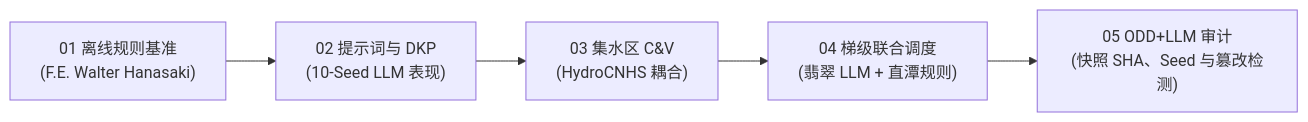
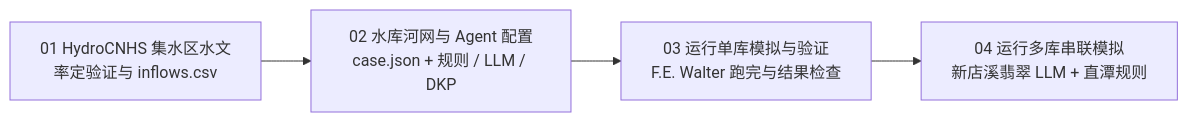
One commit to WenyuChiou/HydroReOpLLM changed the diagram in tutorials/README.zh-CN.md. Above: the diagram before and after it, drawn with Mermaid. The commit also changed other lines of this file and 81 other files, not shown here.

Commit message:
docs,tutorials,core: streamline manual, remove Hourly GWLF & ODD+LLM, add 4-step pipeline (#121)

````diff
--- a/tutorials/README.zh-CN.md
+++ b/tutorials/README.zh-CN.md
@@ -13,7 +7,6 @@
 ```mermaid
 flowchart LR
-    M1["01 离线规则基准<br/>(F.E. Walter Hanasaki)"] --> M2["02 提示词与 DKP<br/>(10-Seed LLM 表现)"]
-    M2 --> M3["03 集水区 C&V<br/>(HydroCNHS 耦合)"]
-    M3 --> M4["04 梯级联合调度<br/>(翡翠 LLM + 直潭规则)"]
-    M4 --> M5["05 ODD+LLM 审计<br/>(快照 SHA、Seed 与篡改检测)"]
+    T1["01 HydroCNHS 集水区水文<br/>率定验证与 inflows.csv"] --> T2["02 水库河网与 Agent 配置<br/>case.json + 规则 / LLM / DKP"]
+    T2 --> T3["03 运行单库模拟与验证<br/>F.E. Walter 跑完与结果检查"]
+    T3 --> T4["04 运行多库串联模拟<br/>新店溪翡翠 LLM + 直潭规则"]
 ```
````
